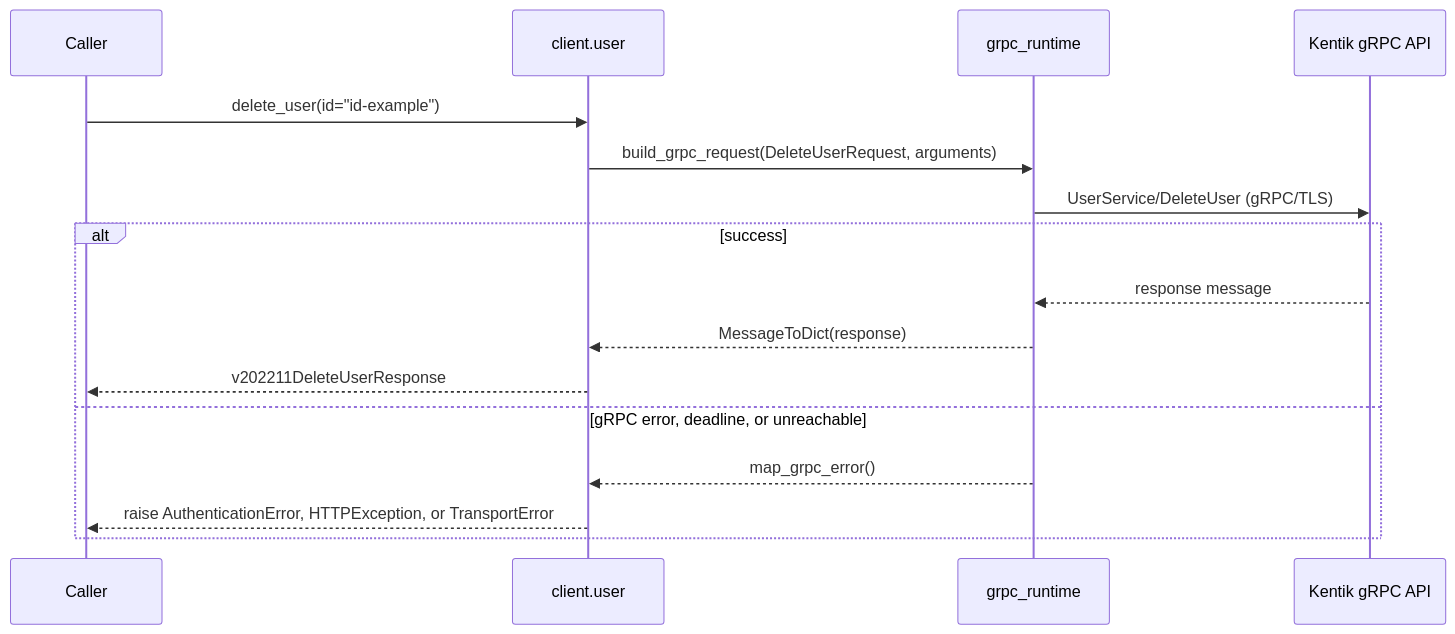
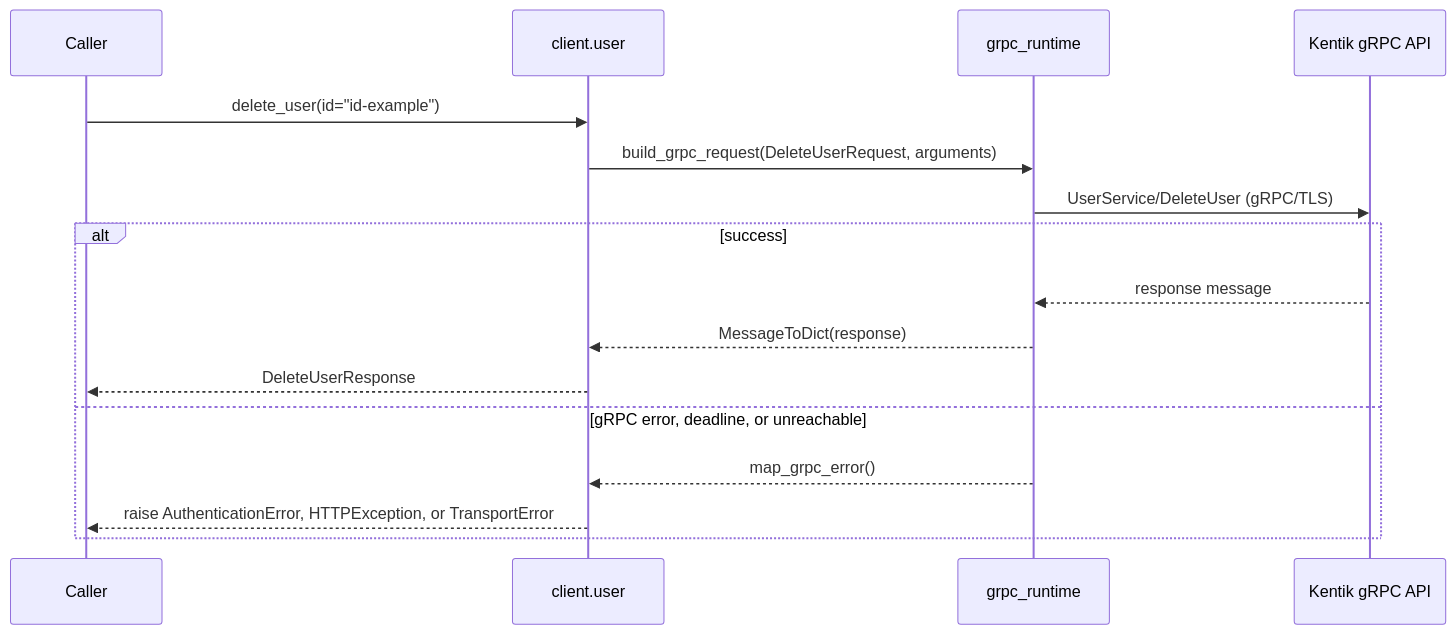
Diagram 11 of 16 in docs/sphinx/services/user.md (alexdearaujo/community_sdk_python), drawn with Mermaid before and after one commit. The commit also changed other lines of this file and 38 other files, not shown here.

````diff
--- a/docs/sphinx/services/user.md
+++ b/docs/sphinx/services/user.md
@@ -357,19 +357,19 @@
 ```mermaid
 sequenceDiagram
     participant C as Caller
     participant W as client.user
     participant R as grpc_runtime
     participant API as Kentik gRPC API
 
     C->>W: delete_user(id="id-example")
     W->>R: build_grpc_request(DeleteUserRequest, arguments)
     R->>API: UserService/DeleteUser (gRPC/TLS)
     alt success
         API-->>R: response message
         R-->>W: MessageToDict(response)
-        W-->>C: v202211DeleteUserResponse
+        W-->>C: DeleteUserResponse
     else gRPC error, deadline, or unreachable
         R-->>W: map_grpc_error()
         W-->>C: raise AuthenticationError, HTTPException, or TransportError
     end
 ```
````
